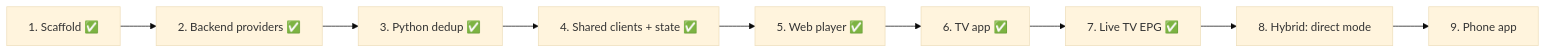
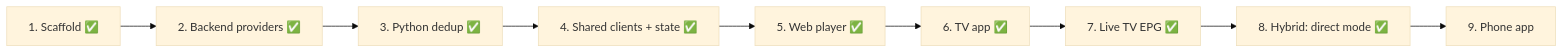
Before and after one commit to brunoccst/iptv-player: the diagram in documentation/NEXT-STEPS.md, drawn with Mermaid (base theme). The commit also changed other lines of this file, not shown here.

Commit message:
NEXT-STEPS: Step 8 done (emulator flows green, including direct mode)
Claude-Session: https://claude.ai/code/session_01Wv3n3cbb5REZaUy8peit4c

````diff
--- a/documentation/NEXT-STEPS.md
+++ b/documentation/NEXT-STEPS.md
@@ -7,6 +7,6 @@
 ```mermaid
 flowchart LR
   S1[1. Scaffold ✅] --> S2[2. Backend providers ✅] --> S3[3. Python dedup ✅] --> S4[4. Shared clients + state ✅]
-  S4 --> S5[5. Web player ✅] --> S6[6. TV app ✅] --> S7[7. Live TV EPG ✅] --> S8[8. Hybrid: direct mode]
+  S4 --> S5[5. Web player ✅] --> S6[6. TV app ✅] --> S7[7. Live TV EPG ✅] --> S8[8. Hybrid: direct mode ✅]
   S8 --> S9[9. Phone app]
 ```
````
